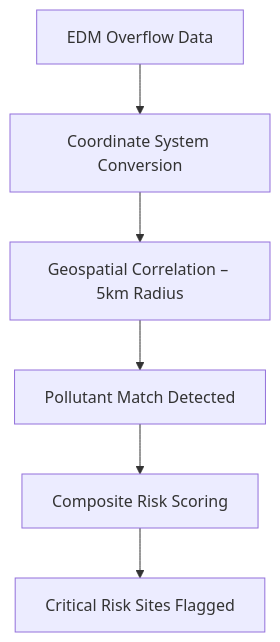
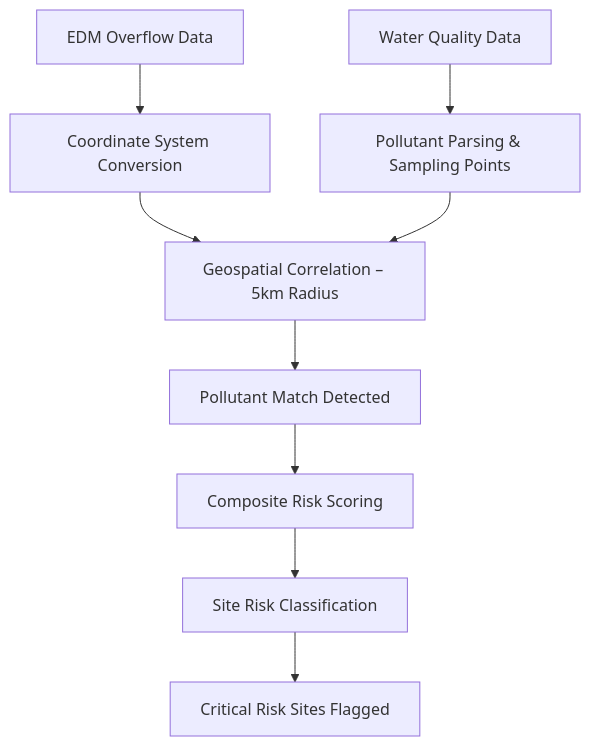
The diagram in README.MD (Eden-Eldith/uk-edm-water-analysis), drawn with Mermaid before and after one commit.

````diff
--- a/README.MD
+++ b/README.MD
@@ -105,8 +105,11 @@
 ```mermaid
 graph TD
-    A[EDM Overflow Data] --> B[Coordinate System Conversion]
-    B --> C[Geospatial Correlation – 5km Radius]
-    C --> D[Pollutant Match Detected]
-    D --> E[Composite Risk Scoring]
-    E --> F[Critical Risk Sites Flagged]
+    A[EDM Overflow Data] --> C[Coordinate System Conversion]
+    B[Water Quality Data] --> D[Pollutant Parsing & Sampling Points]
+    C --> E[Geospatial Correlation – 5km Radius]
+    D --> E
+    E --> F[Pollutant Match Detected]
+    F --> G[Composite Risk Scoring]
+    G --> H[Site Risk Classification]
+    H --> I[Critical Risk Sites Flagged]
 ```
````
